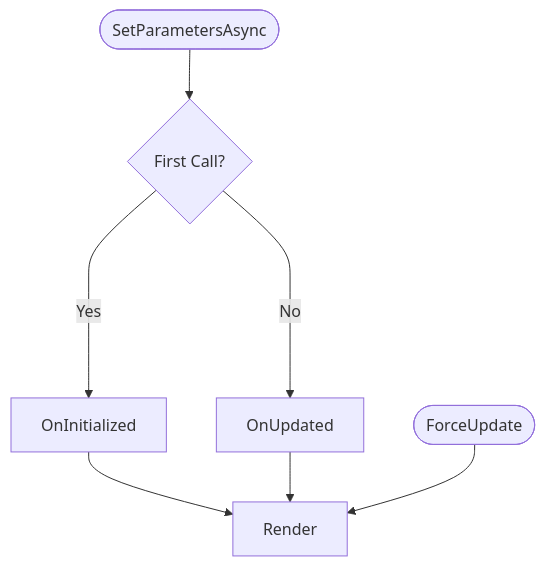
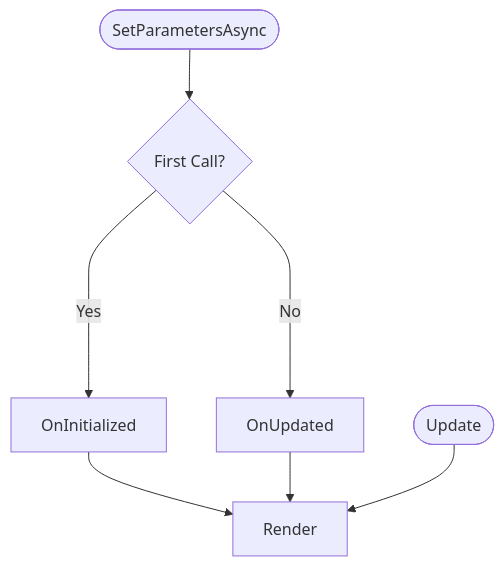
One commit to DavidVollmers/Ignis changed the diagram in docs/components/ComponentLifecycle.md. Above: the diagram before and after it, drawn with Mermaid. The commit also changed 21 other files, not shown here.

````diff
--- a/docs/components/ComponentLifecycle.md
+++ b/docs/components/ComponentLifecycle.md
@@ -15,9 +15,9 @@
 ```mermaid
 flowchart TD
     A([SetParametersAsync]) --> B{First Call?}
     B -->|Yes| C[OnInitialized]
     C --> D[Render]
     B ---->|No| E[OnUpdated]
     E --> D
-    F([ForceUpdate]) --> D
+    F([Update]) --> D
 ```
````
